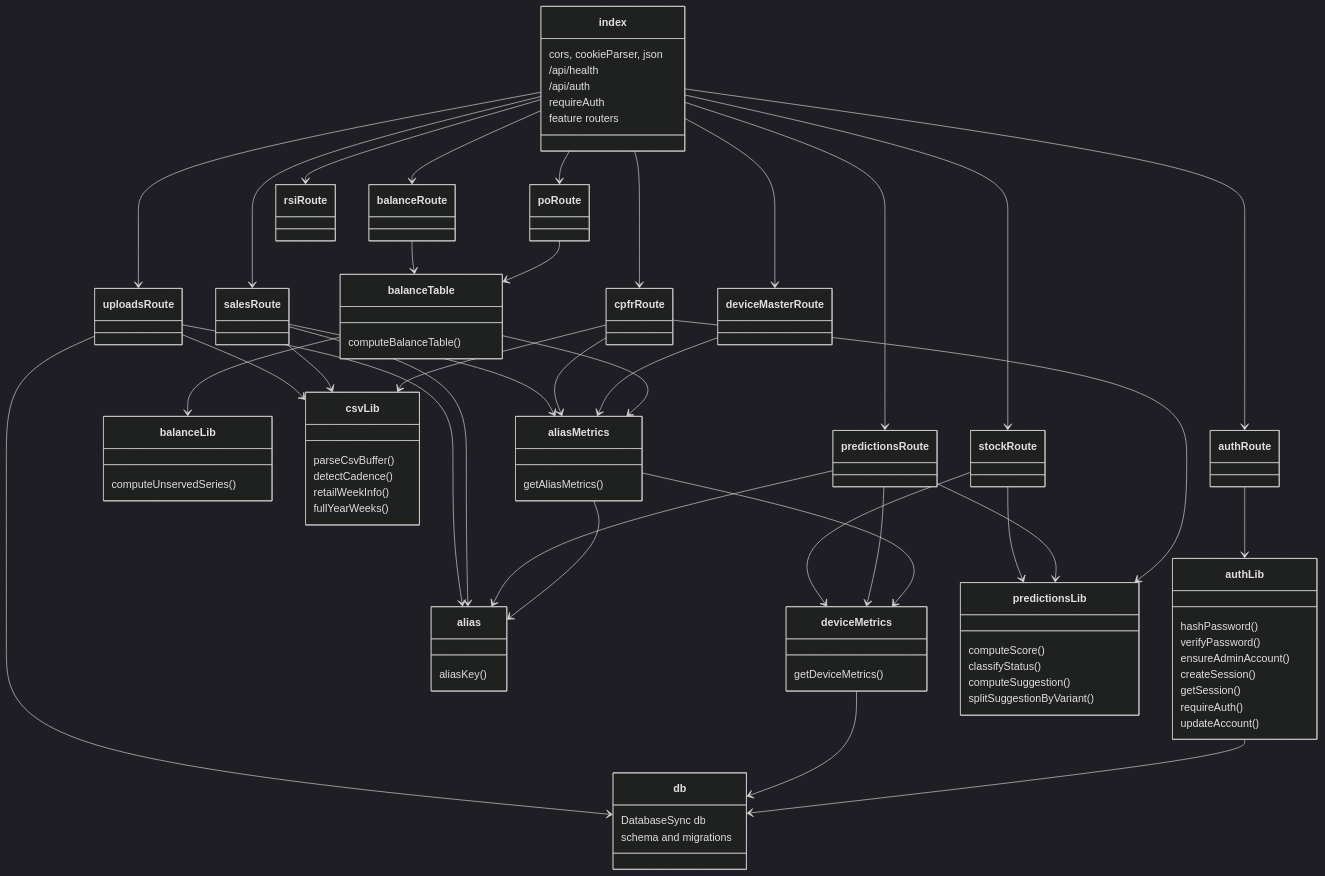
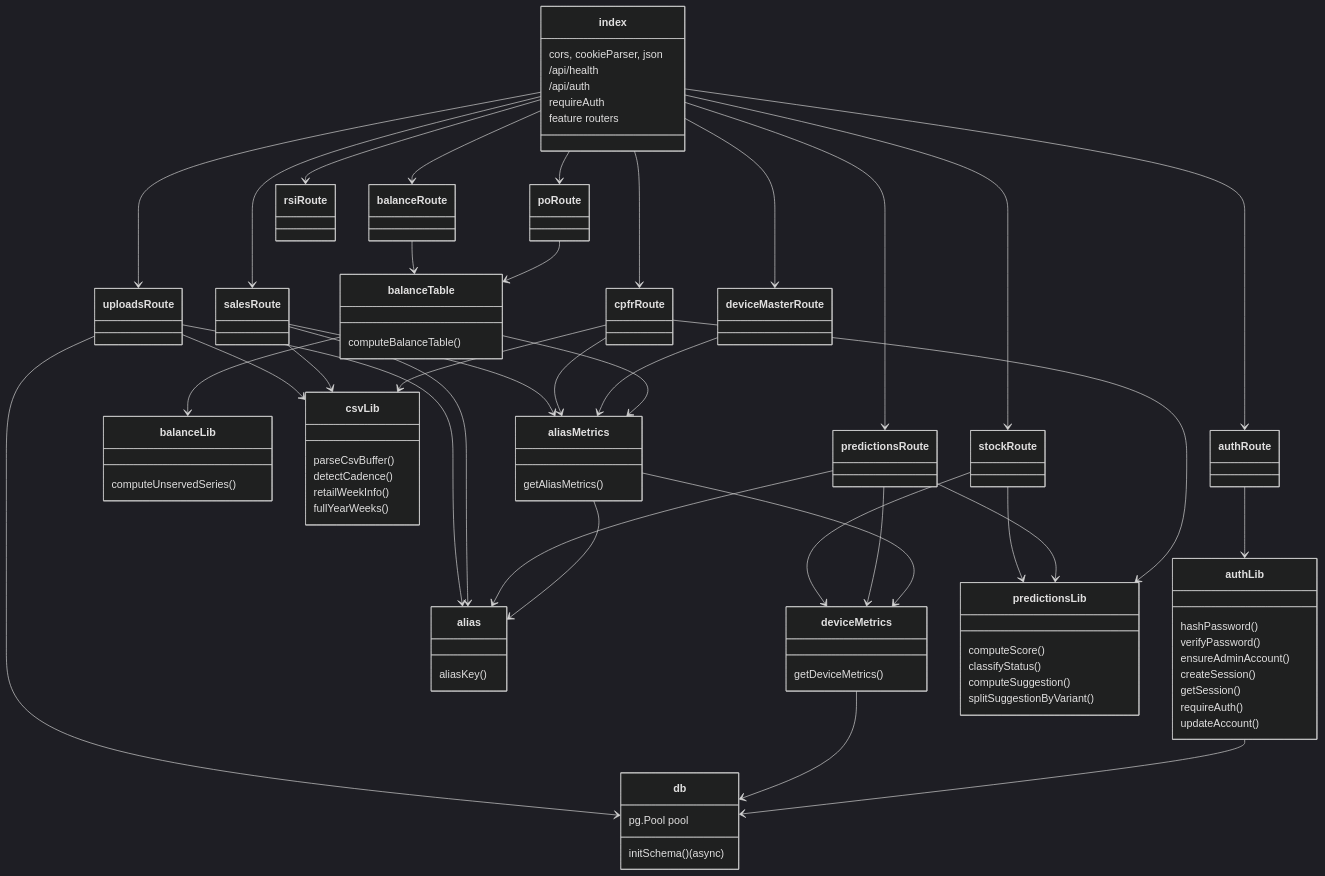
One commit to phonevilleofficial2025/stock-predictor changed the third of 9 diagrams in docs/ARCHITECTURE.md. Above: the diagram before and after it, drawn with Mermaid (dark theme). The commit also changed other lines of this file and 33 other files, not shown here.

```diff
--- a/docs/ARCHITECTURE.md
+++ b/docs/ARCHITECTURE.md
@@ -39,8 +44,8 @@
     feature routers
   }
   class db {
-    DatabaseSync db
-    schema and migrations
+    pg.Pool pool
+    initSchema() (async)
   }
   class authLib {
     hashPassword()
```
